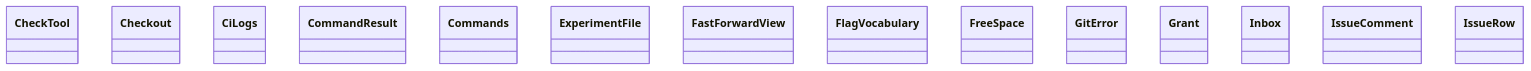
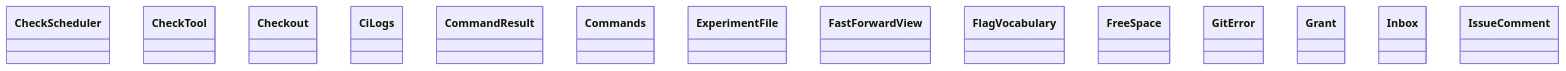
The diagram in docs/architecture/generated/classes-process-application-support-2.md (GonzaloZevallos/agentic-system), drawn with Mermaid before and after one commit. The commit also changed other lines of this file and 10 other files, not shown here.

Commit message:
Regenerate the architecture docs for the check-run log

````diff
--- a/docs/architecture/generated/classes-process-application-support-2.md
+++ b/docs/architecture/generated/classes-process-application-support-2.md
@@ -16,17 +16,17 @@
 ```mermaid
 classDiagram
+    class ports__CheckScheduler["CheckScheduler"]
     class ports__CheckTool["CheckTool"]
     class ports__Checkout["Checkout"]
     class ports__CiLogs["CiLogs"]
     class ports__CommandResult["CommandResult"]
     class ports__Commands["Commands"]
     class ports__ExperimentFile["ExperimentFile"]
     class ports__FastForwardView["FastForwardView"]
     class ports__FlagVocabulary["FlagVocabulary"]
     class ports__FreeSpace["FreeSpace"]
     class ports__GitError["GitError"]
     class ports__Grant["Grant"]
     class ports__Inbox["Inbox"]
     class ports__IssueComment["IssueComment"]
-    class ports__IssueRow["IssueRow"]
 ```
````
